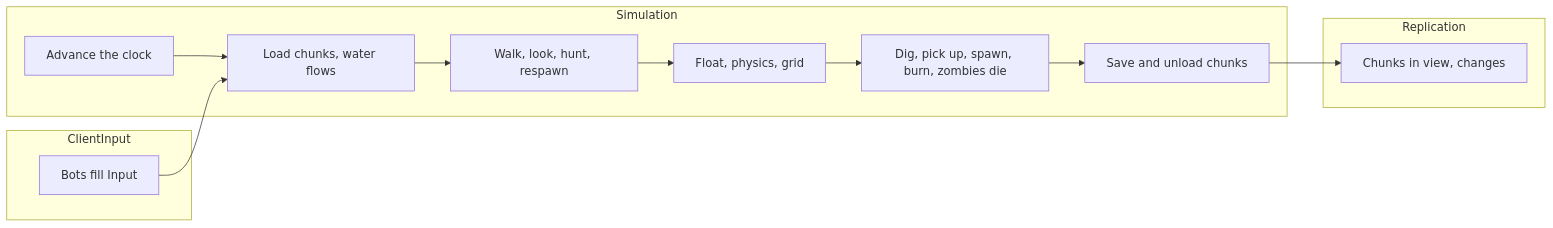
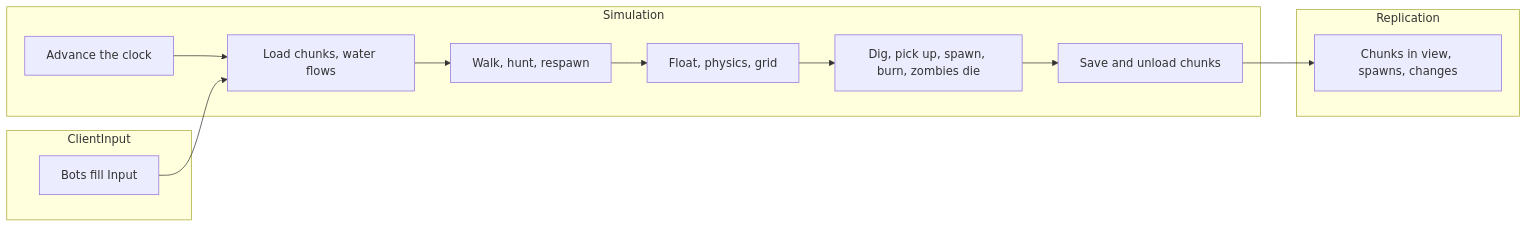
Before and after one commit to JasonXuDeveloper/EasyEcs: the diagram in docs/content/samples/voxel-server.mdx, drawn with Mermaid. The commit also changed other lines of this file and 2 other files, not shown here.

Commit message:
Docs: VoxelServer's area of interest of chunks, fire damage and resting bodies

````diff
--- a/docs/content/samples/voxel-server.mdx
+++ b/docs/content/samples/voxel-server.mdx
@@ -64,18 +63,18 @@
 ```mermaid
 flowchart LR
   subgraph ClientInput
     input[Bots fill Input]
   end
   subgraph Simulation
     clock[Advance the clock] --> world[Load chunks, water flows]
-    world --> sight[Walk, look, hunt, respawn]
+    world --> sight[Walk, hunt, respawn]
     sight --> move[Float, physics, grid]
     move --> rules[Dig, pick up, spawn, burn, zombies die]
     rules --> unload[Save and unload chunks]
   end
   subgraph Replication
-    send[Chunks in view, changes]
+    send[Chunks in view, spawns, changes]
   end
   input --> world
   unload --> send
 ```
````
